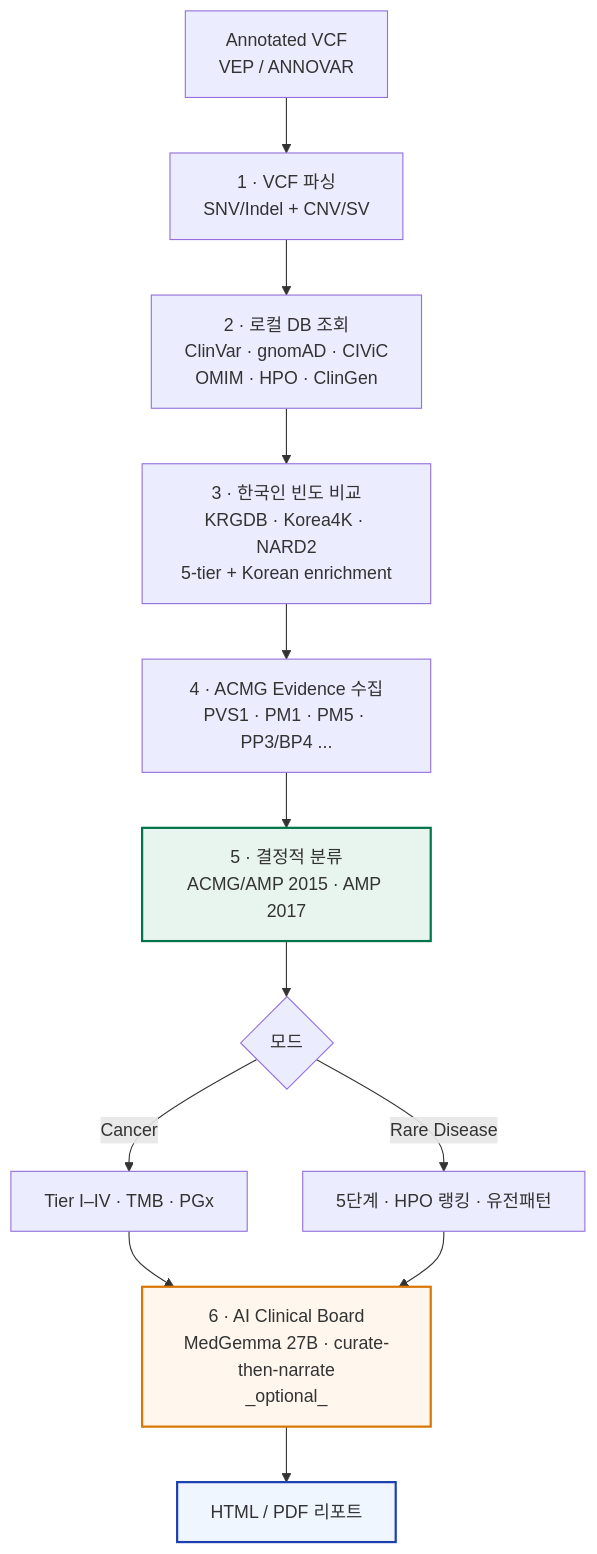
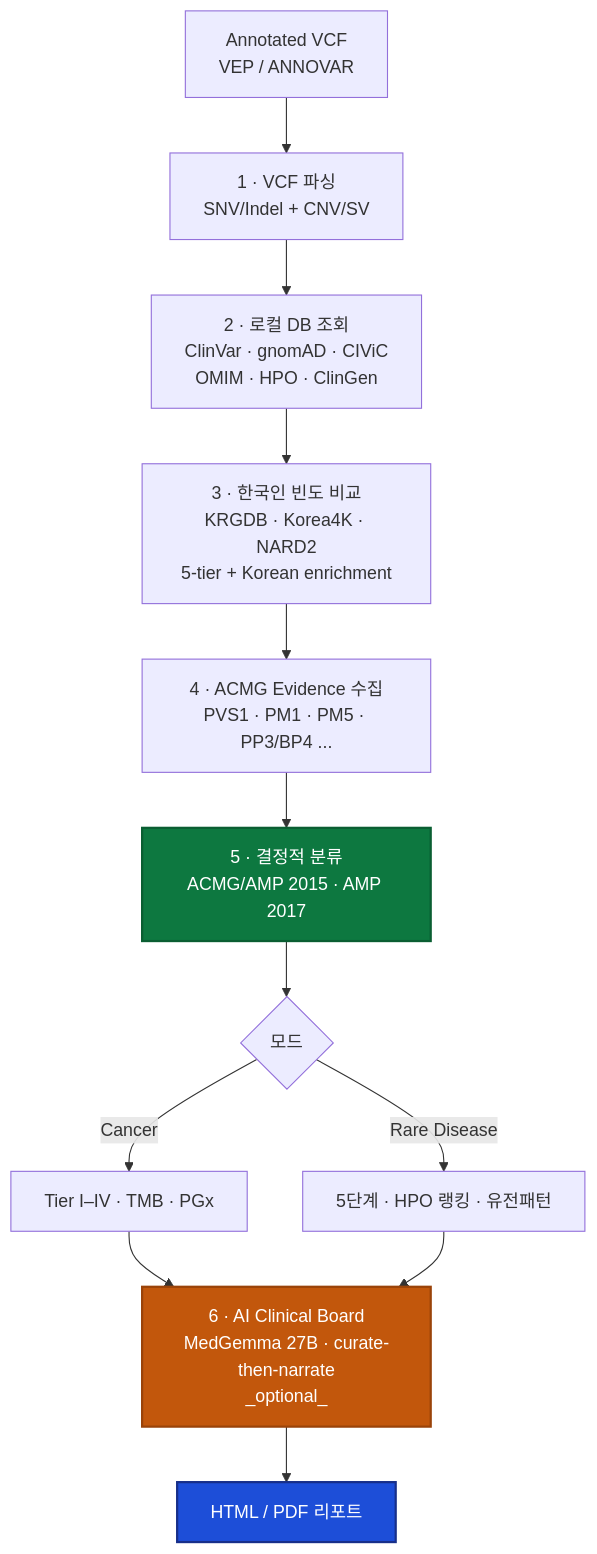
The diagram in README.md (junehawk/BIKO-GenomeBoard), drawn with Mermaid before and after one commit. The commit also changed other lines of this file and 2 other files, not shown here.

First paragraph of the commit message:
docs: fix 404 MedGemma links + dark-mode-friendly mermaid diagram colors
## MedGemma URL fix

````diff
--- a/README.md
+++ b/README.md
@@ -39,18 +39,18 @@
 ```mermaid
 flowchart TD
     A[Annotated VCF<br/>VEP / ANNOVAR] --> B[1 · VCF 파싱<br/>SNV/Indel + CNV/SV]
     B --> C[2 · 로컬 DB 조회<br/>ClinVar · gnomAD · CIViC<br/>OMIM · HPO · ClinGen]
     C --> D[3 · 한국인 빈도 비교<br/>KRGDB · Korea4K · NARD2<br/>5-tier + Korean enrichment]
     D --> E[4 · ACMG Evidence 수집<br/>PVS1 · PM1 · PM5 · PP3/BP4 ...]
     E --> F[5 · 결정적 분류<br/>ACMG/AMP 2015 · AMP 2017]
     F --> G{모드}
     G -->|Cancer| H[Tier I–IV · TMB · PGx]
     G -->|Rare Disease| I[5단계 · HPO 랭킹 · 유전패턴]
     H --> J[6 · AI Clinical Board<br/>MedGemma 27B · curate-then-narrate<br/>_optional_]
     I --> J
     J --> K[HTML / PDF 리포트]
 
-    style F fill:#e8f5ef,stroke:#00754A,stroke-width:2px
-    style J fill:#fff7ed,stroke:#d97706,stroke-width:2px
-    style K fill:#eff6ff,stroke:#1e40af,stroke-width:2px
+    style F fill:#0d7840,stroke:#0a5e32,stroke-width:2px,color:#ffffff
+    style J fill:#c2570c,stroke:#9a4309,stroke-width:2px,color:#ffffff
+    style K fill:#1d4ed8,stroke:#172f8a,stroke-width:2px,color:#ffffff
 ```
````
